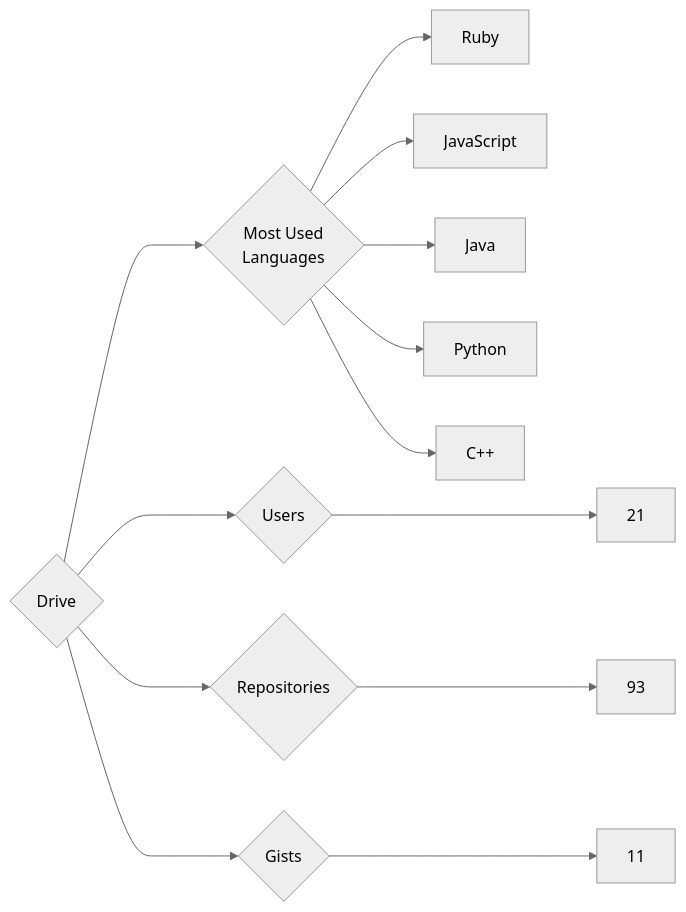
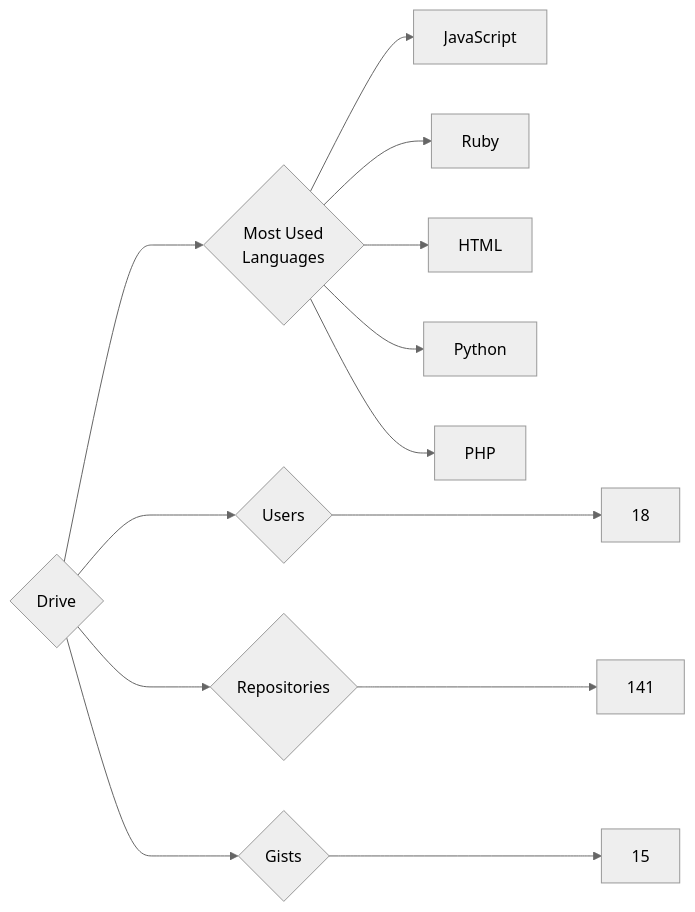
The diagram in targets/Drive/README.md (trickest/insiders), drawn with Mermaid (neutral theme) before and after one commit. The commit also changed 823 other files, not shown here.

````diff
--- a/targets/Drive/README.md
+++ b/targets/Drive/README.md
@@ -3,13 +3,13 @@
 ```mermaid
 graph LR
 COMPANY_NAME{Drive}
-COMPANY_NAME ---> U{Users} ---> UN[21]
-COMPANY_NAME ---> R{Repositories} ---> RN[93]
-COMPANY_NAME ---> G{Gists} ---> GN[11]
+COMPANY_NAME ---> U{Users} ---> UN[18]
+COMPANY_NAME ---> R{Repositories} ---> RN[141]
+COMPANY_NAME ---> G{Gists} ---> GN[15]
 COMPANY_NAME ---> ML{Most Used<br>Languages}
+ML --> JavaScript[JavaScript]
 ML --> Ruby[Ruby]
-ML --> JavaScript[JavaScript]
-ML --> Java[Java]
+ML --> HTML[HTML]
 ML --> Python[Python]
-ML --> C++[C++]
+ML --> PHP[PHP]
 ```
````
